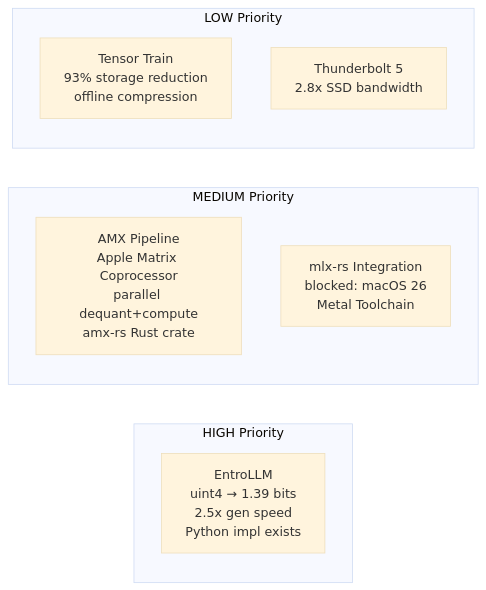
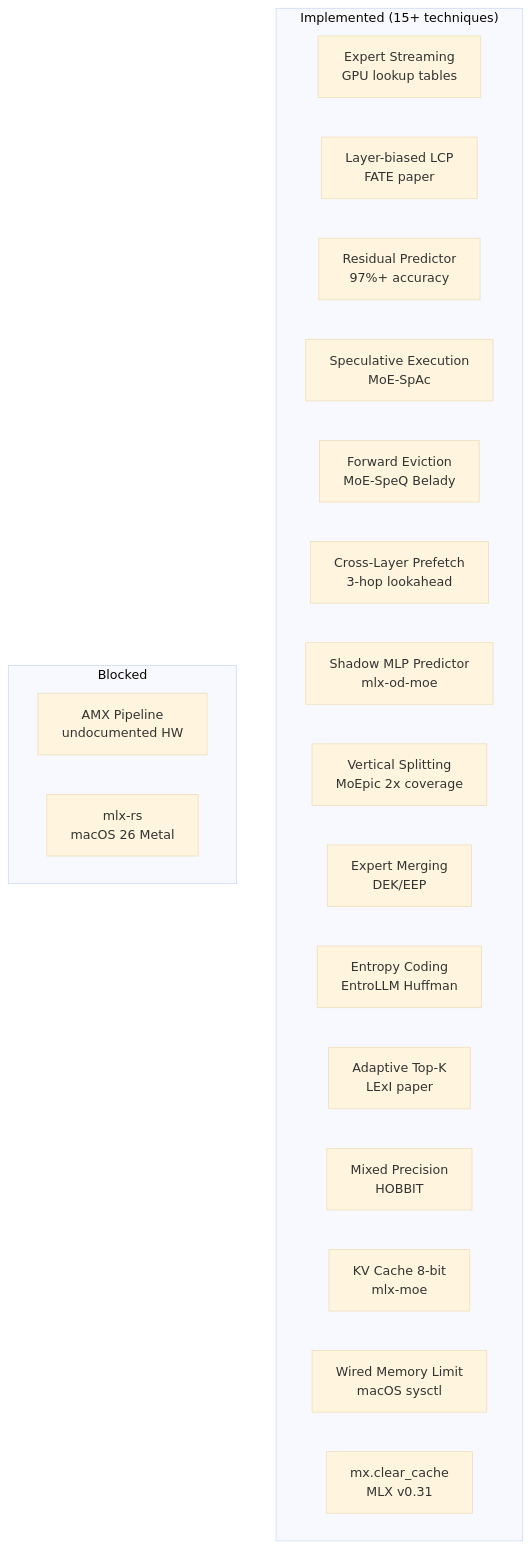
The fourth of 4 diagrams in README.md (szibis/MLX-Flash), drawn with Mermaid (base theme) before and after one commit. The commit also changed other lines of this file and 2 other files, not shown here.

````diff
--- a/README.md
+++ b/README.md
@@ -262,14 +309,24 @@
 ```mermaid
-graph LR
-    subgraph HIGH["HIGH Priority"]
-        ENT["EntroLLM<br/>uint4 → 1.39 bits<br/>2.5x gen speed<br/>Python impl exists"]
+graph TB
+    subgraph DONE["Implemented (15+ techniques)"]
+        ES[Expert Streaming<br/>GPU lookup tables]
+        LCP[Layer-biased LCP<br/>FATE paper]
+        RP[Residual Predictor<br/>97%+ accuracy]
+        SE[Speculative Execution<br/>MoE-SpAc]
+        FE[Forward Eviction<br/>MoE-SpeQ Belady]
+        CL[Cross-Layer Prefetch<br/>3-hop lookahead]
+        SP[Shadow MLP Predictor<br/>mlx-od-moe]
+        VS[Vertical Splitting<br/>MoEpic 2x coverage]
+        EM[Expert Merging<br/>DEK/EEP]
+        EC[Entropy Coding<br/>EntroLLM Huffman]
+        AT[Adaptive Top-K<br/>LExI paper]
+        MP[Mixed Precision<br/>HOBBIT]
+        KV[KV Cache 8-bit<br/>mlx-moe]
+        WM[Wired Memory Limit<br/>macOS sysctl]
+        MC[mx.clear_cache<br/>MLX v0.31]
     end
-    subgraph MED["MEDIUM Priority"]
-        AMX["AMX Pipeline<br/>Apple Matrix Coprocessor<br/>parallel dequant+compute<br/>amx-rs Rust crate"]
-        MLX["mlx-rs Integration<br/>blocked: macOS 26<br/>Metal Toolchain"]
-    end
-    subgraph LOW["LOW Priority"]
-        TT["Tensor Train<br/>93% storage reduction<br/>offline compression"]
-        TB5["Thunderbolt 5<br/>2.8x SSD bandwidth"]
+    subgraph BLOCKED["Blocked"]
+        AMX[AMX Pipeline<br/>undocumented HW]
+        MLXrs[mlx-rs<br/>macOS 26 Metal]
     end
 ```
````
